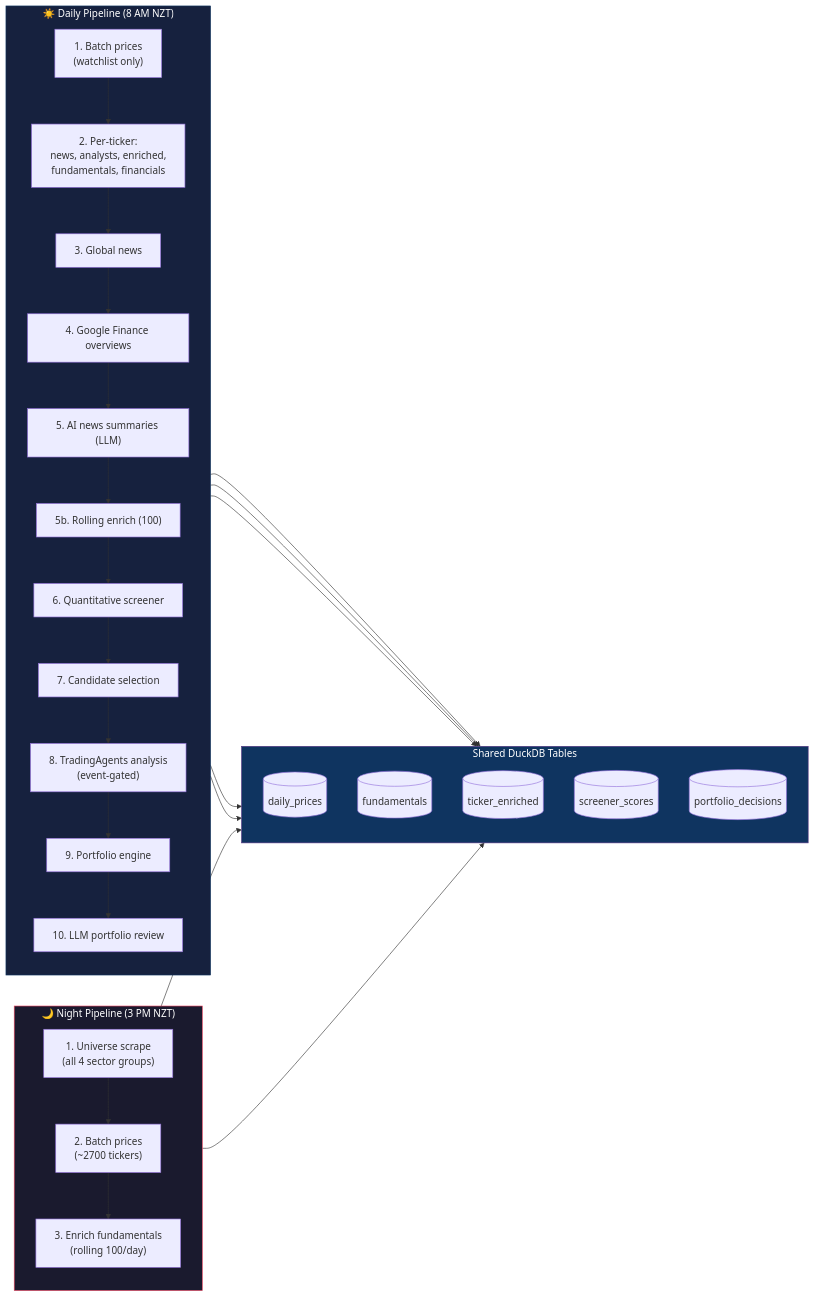
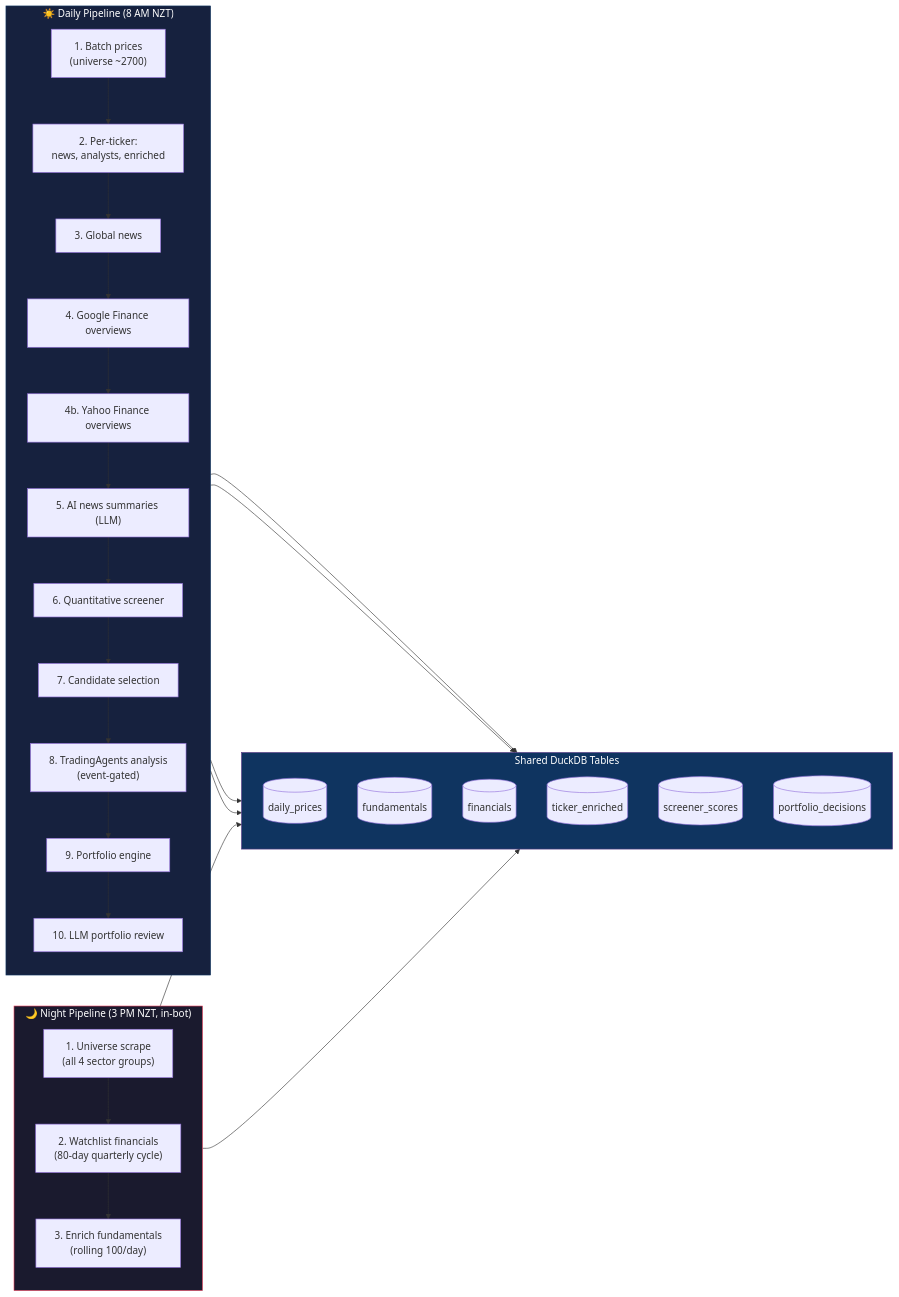
The sixth of 7 diagrams in dump/data_flow.md (ZengSeng/telegram-bot), drawn with Mermaid before and after one commit. The commit also changed other lines of this file and 15 other files, not shown here.

````diff
--- a/dump/data_flow.md
+++ b/dump/data_flow.md
@@ -267,47 +262,47 @@
 ```mermaid
 flowchart LR
-    subgraph NIGHT["🌙 Night Pipeline (3 PM NZT)"]
+    subgraph NIGHT["🌙 Night Pipeline (3 PM NZT, in-bot)"]
         direction TB
         N1["1. Universe scrape\n(all 4 sector groups)"]
-        N2["2. Batch prices\n(~2700 tickers)"]
+        N2["2. Watchlist financials\n(80-day quarterly cycle)"]
         N3["3. Enrich fundamentals\n(rolling 100/day)"]
         N1 --> N2 --> N3
     end
 
     subgraph DAILY["☀️ Daily Pipeline (8 AM NZT)"]
         direction TB
-        D1["1. Batch prices\n(watchlist only)"]
-        D2["2. Per-ticker:\nnews, analysts, enriched,\nfundamentals, financials"]
+        D1["1. Batch prices\n(universe ~2700)"]
+        D2["2. Per-ticker:\nnews, analysts, enriched"]
         D3["3. Global news"]
         D4["4. Google Finance overviews"]
+        D4b["4b. Yahoo Finance overviews"]
         D5["5. AI news summaries (LLM)"]
-        D6["5b. Rolling enrich (100)"]
-        D7["6. Quantitative screener"]
-        D8["7. Candidate selection"]
-        D9["8. TradingAgents analysis\n(event-gated)"]
-        D10["9. Portfolio engine"]
-        D11["10. LLM portfolio review"]
-        D1 --> D2 --> D3 --> D4 --> D5 --> D6 --> D7 --> D8 --> D9 --> D10 --> D11
+        D6["6. Quantitative screener"]
+        D7["7. Candidate selection"]
+        D8["8. TradingAgents analysis\n(event-gated)"]
+        D9["9. Portfolio engine"]
+        D10["10. LLM portfolio review"]
+        D1 --> D2 --> D3 --> D4 --> D4b --> D5 --> D6 --> D7 --> D8 --> D9 --> D10
     end
 
     subgraph SHARED["Shared DuckDB Tables"]
         direction TB
         T_DP[("daily_prices")]
         T_FU[("fundamentals")]
+        T_FI[("financials")]
         T_TE[("ticker_enriched")]
         T_SC[("screener_scores")]
         T_PD[("portfolio_decisions")]
     end
 
-    N2 --> T_DP
+    N2 --> T_FI
     N3 --> T_FU
     D1 --> T_DP
-    D2 --> T_FU
     D2 --> T_TE
-    D7 --> T_SC
-    D10 --> T_PD
+    D6 --> T_SC
+    D9 --> T_PD
 
     style NIGHT fill:#1a1a2e,stroke:#e94560,color:#fff
     style DAILY fill:#16213e,stroke:#0f3460,color:#fff
     style SHARED fill:#0f3460,stroke:#533483,color:#fff
 ```
````
